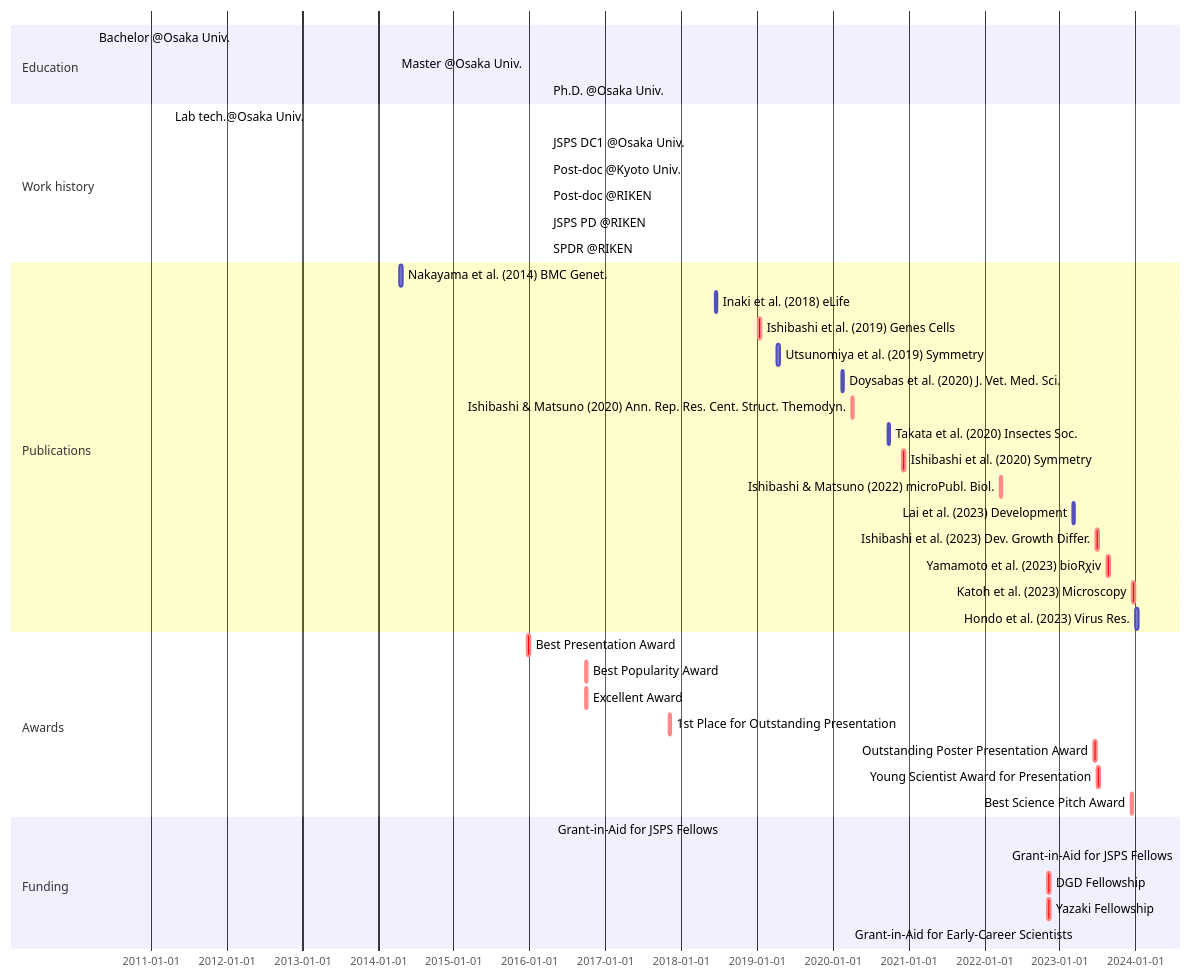
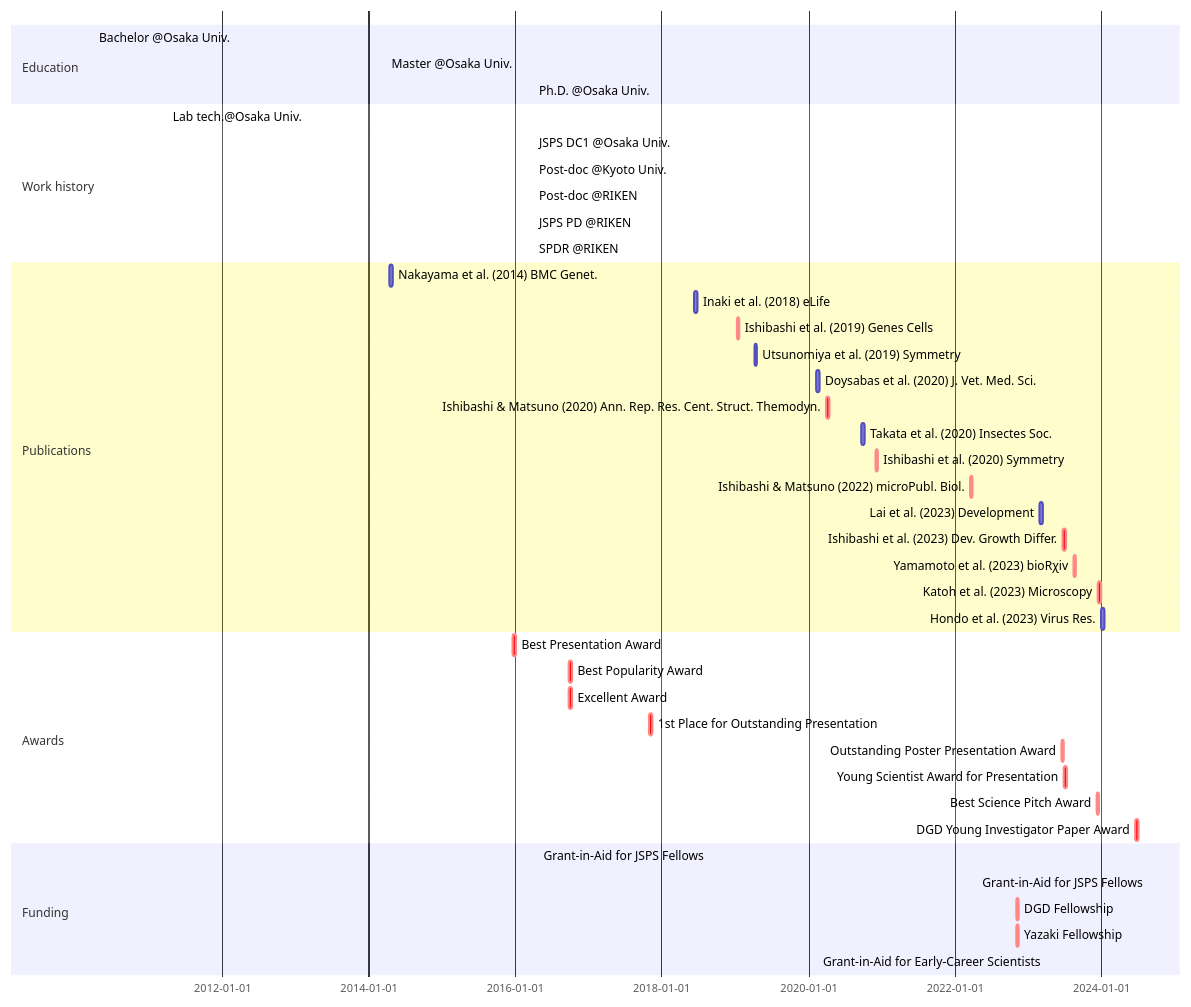
One commit to ishibaki/ishibaki.github.io changed the diagram in _includes/mermaid-cv.md. Above: the diagram before and after it, drawn with Mermaid.

````diff
--- a/_includes/mermaid-cv.md
+++ b/_includes/mermaid-cv.md
@@ -1,43 +1,44 @@
 ```mermaid
 gantt
 section Education
   Bachelor @Osaka Univ. : BS, 2010-04-01, 2014-03-25
   Master @Osaka Univ.   : MS, 2014-04-01, 2016-03-28
   Ph.D. @Osaka Univ.    : Ph.D., 2016-04-01, 2019-03-25
 section Work history
   Lab tech.@Osaka Univ.     : done, OU-tech, 2011-04-01, 2012-03-31
   JSPS DC1 @Osaka Univ.     : done, DC1, 2016-04-01, 2019-03-31
   Post-doc @Kyoto Univ.     : done, KU-postdoc, after DC1, 2021-04-30
   Post-doc @RIKEN           : done, RIKEN-postdoc, after KU-postdoc, 2022-03-31
   JSPS PD @RIKEN            : done, PD, after RIKEN-postdoc, 2023-03-31
   SPDR @RIKEN               : active, SPDR, after PD, 2026-03-31
 section Publications
   Nakayama et al. (2014) BMC Genet.           :       nakayama2014, 2014-04-16, 2w
   Inaki et al. (2018) eLife                   :       inaki2018, 2018-06-12, 2w
   Ishibashi et al. (2019) Genes Cells         : crit, ishibashi2019, 2019-01-09, 2w
   Utsunomiya et al. (2019) Symmetry           :       utsunomiya2019, 2019-04-08, 2w
   Doysabas et al. (2020) J. Vet. Med. Sci.    :       doysabas2020, 2020-02-12, 2w
   Ishibashi & Matsuno (2020) Ann. Rep. Res. Cent. Struct. Themodyn. : crit, ishibashi2020a, 2020-04-01, 2w
   Takata et al. (2020) Insectes Soc.          :       takata2020, 2020-09-22, 2w
   Ishibashi et al. (2020) Symmetry            : crit, ishibashi2020b, 2020-12-02, 2w
   Ishibashi & Matsuno (2022) microPubl. Biol. : crit, ishibashi2022, 2022-03-18, 2w
   Lai et al. (2023) Development               :       lai2023, 2023-03-02, 2w
   Ishibashi et al. (2023) Dev. Growth Differ. : crit, ishibashi2023, 2023-06-25, 2w
   Yamamoto et al. (2023) bioRχiv              : crit, yamamoto2023, 2023-08-16, 2w
   Katoh et al. (2023) Microscopy              : crit, katoh2023, 2023-12-15, 2w
   Hondo et al. (2023) Virus Res.              :       hondo2024, 2024-01-02, 2w
 section Awards
   Best Presentation Award                  : crit, aw_1, 2015-12-20, 2w
   Best Popularity Award                    : crit, aw_2, 2016-09-25, 2w
   Excellent Award                          : crit, aw_3, 2016-09-25, 2w
   1st Place for Outstanding Presentation   : crit, aw_4, 2017-11-01, 2w
   Outstanding Poster Presentation Award    : crit, aw_5, 2023-06-15, 2w
   Young Scientist Award for Presentation   : crit, aw_6, 2023-06-29, 2w
   Best Science Pitch Award                 : crit, aw_7, 2023-12-08, 2w
+  DGD Young Investigator Paper Award       : crit, aw_8, 2024-06-21, 2w
 section Funding
   Grant-in-Aid for JSPS Fellows             : done, grant_DC1, 2016-04-22, 2019-03-31
   Grant-in-Aid for JSPS Fellows             : active, grant_PD, 2022-04-22, 2025-03-31
   DGD Fellowship                            : crit, dgd_fellowship, 2022-11-04, 2w
   Yazaki Fellowship                         : crit, yazaki_fellowship, 2022-11-04, 2w
   Grant-in-Aid for Early-Career Scientists  : active, grant_ecs2023, 2023-04-01, 2026-03-31
 ```
````
